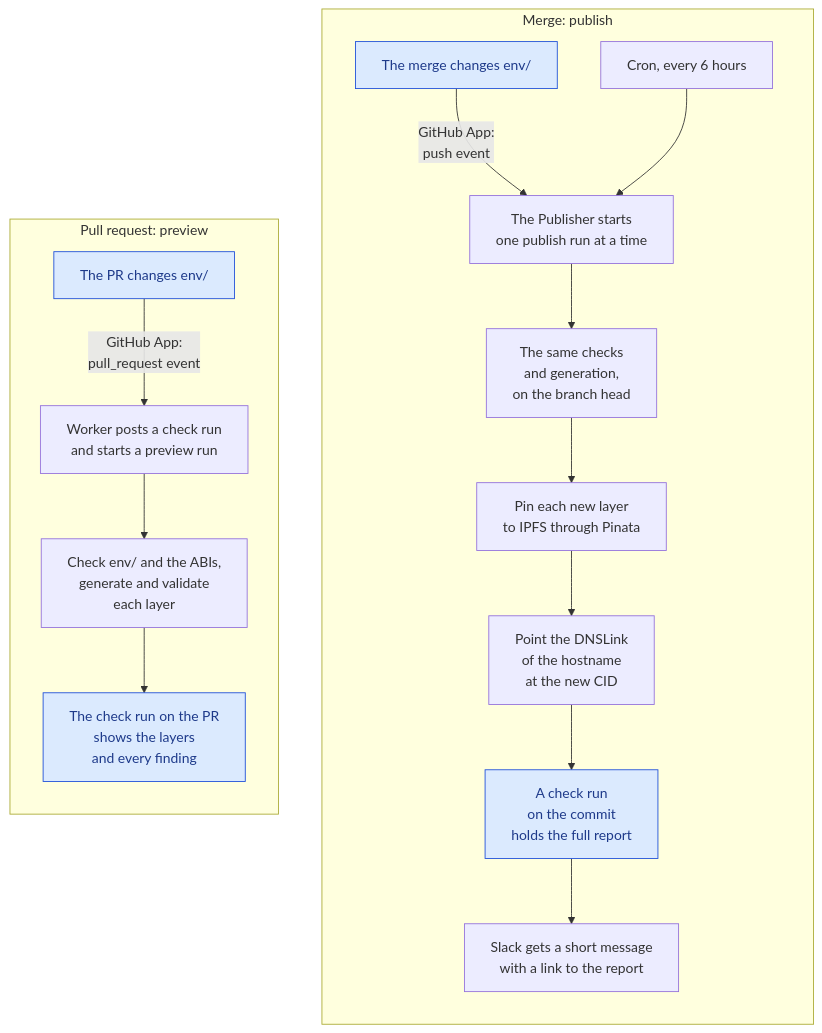
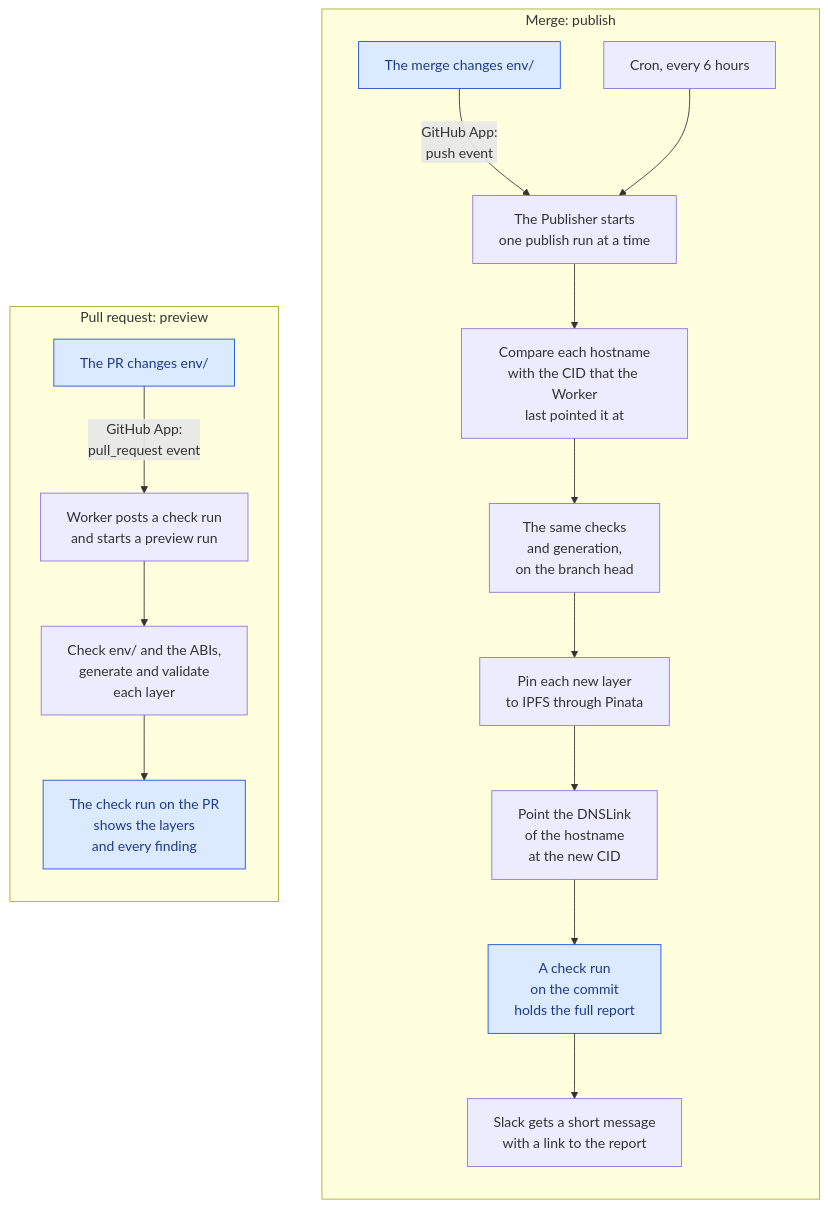
Before and after one commit to centrifuge/protocol-registry: the diagram in docs/how-it-works.md, drawn with Mermaid. The commit also changed other lines of this file and 9 other files, not shown here.

First line of the commit message:
feat(worker): refuse and alert on a hostname the Worker did not point (#23)

````diff
--- a/docs/how-it-works.md
+++ b/docs/how-it-works.md
@@ -30,30 +30,31 @@
 ```mermaid
 flowchart LR
   subgraph previewLane["Pull request: preview"]
     direction TB
     prChange["The PR changes env/"]:::pi
     prStart["Worker posts a check run<br/>and starts a preview run"]
     prGenerate["Check env/ and the ABIs,<br/>generate and validate<br/>each layer"]
     prCheck["The check run on the PR<br/>shows the layers<br/>and every finding"]:::pi
     prChange -->|"GitHub App:<br/>pull_request event"| prStart
     prStart --> prGenerate --> prCheck
   end
 
   subgraph publishLane["Merge: publish"]
     direction TB
     mergeChange["The merge changes env/"]:::pi
     cronTrigger["Cron, every 6 hours"]
     pubStart["The Publisher starts<br/>one publish run at a time"]
+    pubHostnames["Compare each hostname<br/>with the CID that the Worker<br/>last pointed it at"]
     pubGenerate["The same checks<br/>and generation,<br/>on the branch head"]
     pinLayer["Pin each new layer<br/>to IPFS through Pinata"]
     pointDns["Point the DNSLink<br/>of the hostname<br/>at the new CID"]
     pubCheck["A check run<br/>on the commit<br/>holds the full report"]:::pi
     postSlack["Slack gets a short message<br/>with a link to the report"]
     mergeChange -->|"GitHub App:<br/>push event"| pubStart
     cronTrigger --> pubStart
-    pubStart --> pubGenerate --> pinLayer --> pointDns --> pubCheck --> postSlack
+    pubStart --> pubHostnames --> pubGenerate --> pinLayer --> pointDns --> pubCheck --> postSlack
   end
 
   previewLane ~~~ publishLane
   classDef pi fill:#dbeafe,stroke:#1d4ed8,color:#1e3a8a
 ```
````
